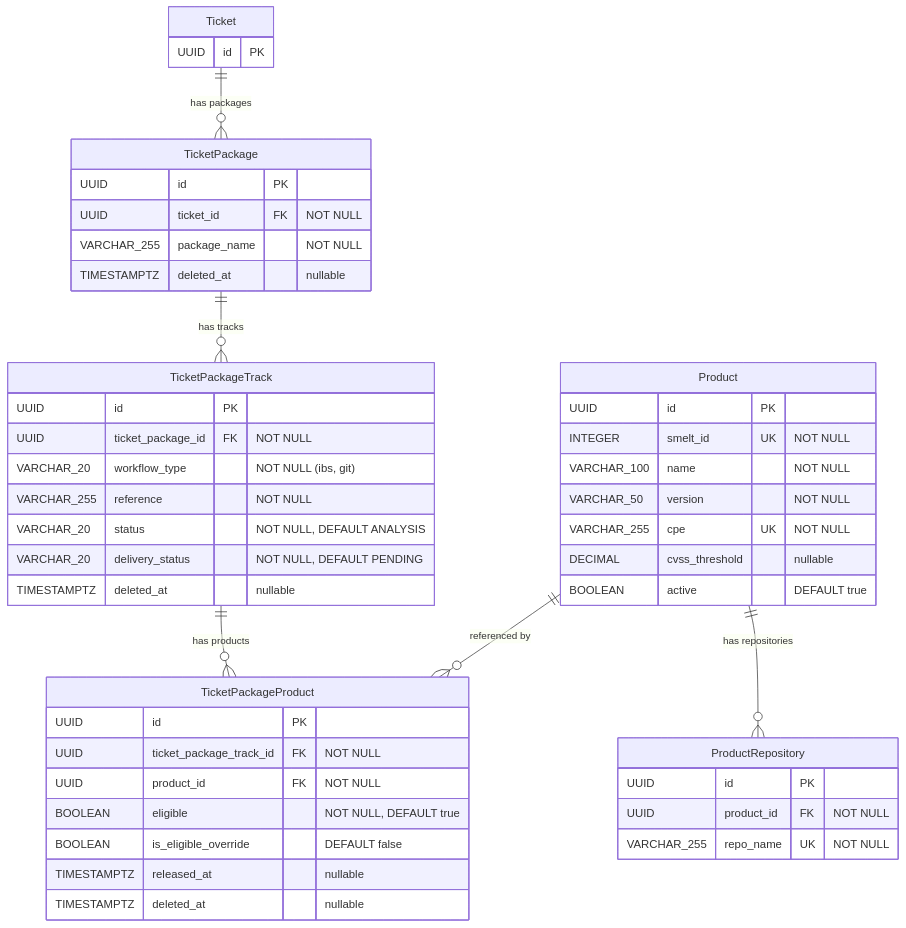
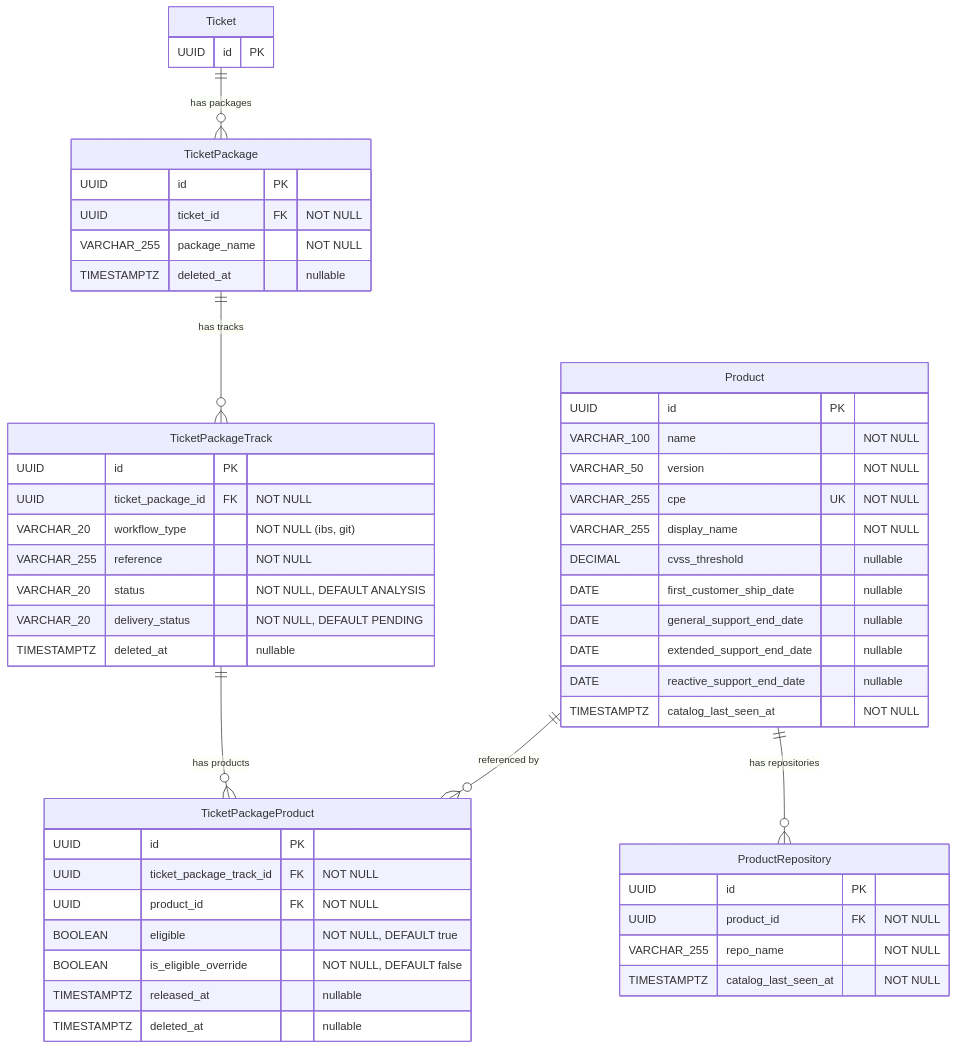
The third of 6 diagrams in docs/data-model.md (StayPirate/STAMP), drawn with Mermaid before and after one commit. The commit also changed other lines of this file and 33 other files, not shown here.

````diff
--- a/docs/data-model.md
+++ b/docs/data-model.md
@@ -222,50 +222,55 @@
 ```mermaid
 erDiagram
     Ticket {
         UUID id PK
     }
     TicketPackage {
         UUID id PK
         UUID ticket_id FK "NOT NULL"
         VARCHAR_255 package_name "NOT NULL"
         TIMESTAMPTZ deleted_at "nullable"
     }
     TicketPackageTrack {
         UUID id PK
         UUID ticket_package_id FK "NOT NULL"
         VARCHAR_20 workflow_type "NOT NULL (ibs, git)"
         VARCHAR_255 reference "NOT NULL"
         VARCHAR_20 status "NOT NULL, DEFAULT ANALYSIS"
         VARCHAR_20 delivery_status "NOT NULL, DEFAULT PENDING"
         TIMESTAMPTZ deleted_at "nullable"
     }
     TicketPackageProduct {
         UUID id PK
         UUID ticket_package_track_id FK "NOT NULL"
         UUID product_id FK "NOT NULL"
         BOOLEAN eligible "NOT NULL, DEFAULT true"
-        BOOLEAN is_eligible_override "DEFAULT false"
+        BOOLEAN is_eligible_override "NOT NULL, DEFAULT false"
         TIMESTAMPTZ released_at "nullable"
         TIMESTAMPTZ deleted_at "nullable"
     }
     Product {
         UUID id PK
-        INTEGER smelt_id UK "NOT NULL"
         VARCHAR_100 name "NOT NULL"
         VARCHAR_50 version "NOT NULL"
         VARCHAR_255 cpe UK "NOT NULL"
+        VARCHAR_255 display_name "NOT NULL"
         DECIMAL cvss_threshold "nullable"
-        BOOLEAN active "DEFAULT true"
+        DATE first_customer_ship_date "nullable"
+        DATE general_support_end_date "nullable"
+        DATE extended_support_end_date "nullable"
+        DATE reactive_support_end_date "nullable"
+        TIMESTAMPTZ catalog_last_seen_at "NOT NULL"
     }
     ProductRepository {
         UUID id PK
         UUID product_id FK "NOT NULL"
-        VARCHAR_255 repo_name UK "NOT NULL"
+        VARCHAR_255 repo_name "NOT NULL"
+        TIMESTAMPTZ catalog_last_seen_at "NOT NULL"
     }
 
     Ticket ||--o{ TicketPackage : "has packages"
     TicketPackage ||--o{ TicketPackageTrack : "has tracks"
     TicketPackageTrack ||--o{ TicketPackageProduct : "has products"
     Product ||--o{ TicketPackageProduct : "referenced by"
     Product ||--o{ ProductRepository : "has repositories"
 ```
````
